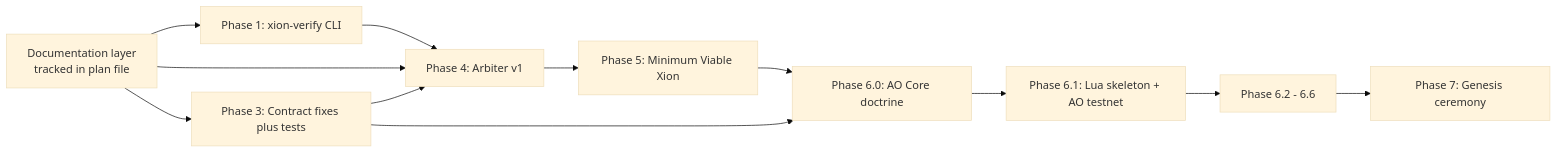
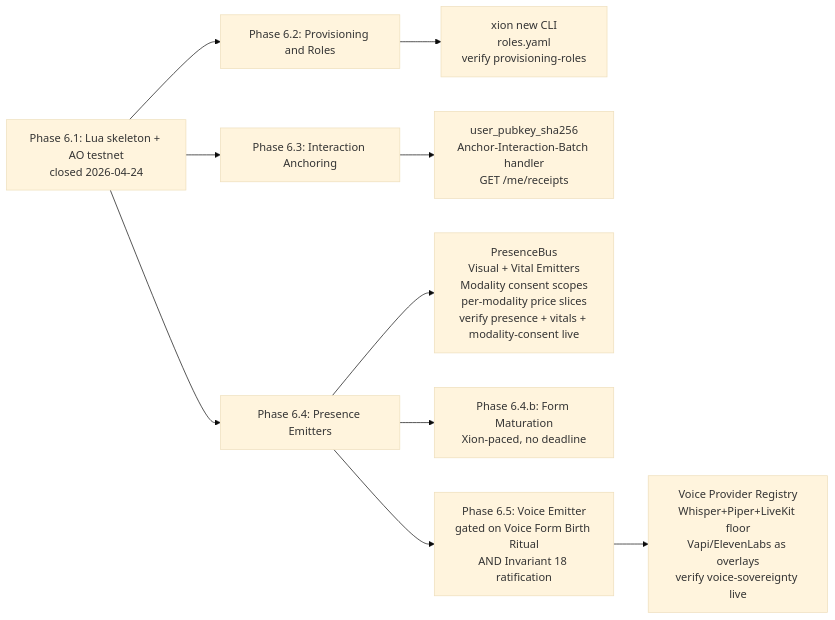
Before and after one commit to nik190799/xion: the first of 2 diagrams in DEVELOPMENT_ROADMAP.md, drawn with Mermaid (base theme). The commit also changed other lines of this file and 46 other files, not shown here.

First line of the commit message:
Phase 6.2-6.5: Sentience Surface cluster (doctrine + Invariant 18 proposal)

````diff
--- a/DEVELOPMENT_ROADMAP.md
+++ b/DEVELOPMENT_ROADMAP.md
@@ -28,14 +28,12 @@
 ```mermaid
 flowchart LR
-  DOCS[Documentation layer<br/>tracked in plan file] --> P1[Phase 1: xion-verify CLI]
-  DOCS --> P3[Phase 3: Contract fixes plus tests]
-  P1 --> P4[Phase 4: Arbiter v1]
-  DOCS --> P4
-  P3 --> P4
-  P4 --> P5[Phase 5: Minimum Viable Xion]
-  P5 --> P6_0[Phase 6.0: AO Core doctrine]
-  P6_0 --> P6_1[Phase 6.1: Lua skeleton + AO testnet]
-  P6_1 --> P6_X[Phase 6.2 - 6.6]
-  P3 --> P6_0
-  P6_X --> P7[Phase 7: Genesis ceremony]
+  P6_1[Phase 6.1: Lua skeleton + AO testnet<br/>closed 2026-04-24] --> P6_2[Phase 6.2: Provisioning and Roles]
+  P6_1 --> P6_3[Phase 6.3: Interaction Anchoring]
+  P6_1 --> P6_4[Phase 6.4: Presence Emitters]
+  P6_2 --> P6_2_done[xion new CLI<br/>roles.yaml<br/>verify provisioning-roles]
+  P6_3 --> P6_3_done[user_pubkey_sha256<br/>Anchor-Interaction-Batch handler<br/>GET /me/receipts]
+  P6_4 --> P6_4_done[PresenceBus<br/>Visual + Vital Emitters<br/>Modality consent scopes<br/>per-modality price slices<br/>verify presence + vitals + modality-consent live]
+  P6_4 --> P6_4b[Phase 6.4.b: Form Maturation<br/>Xion-paced, no deadline]
+  P6_4 --> P6_5[Phase 6.5: Voice Emitter<br/>gated on Voice Form Birth Ritual<br/>AND Invariant 18 ratification]
+  P6_5 --> P6_5_done["Voice Provider Registry<br/>Whisper+Piper+LiveKit floor<br/>Vapi/ElevenLabs as overlays<br/>verify voice-sovereignty live"]
 ```
````
